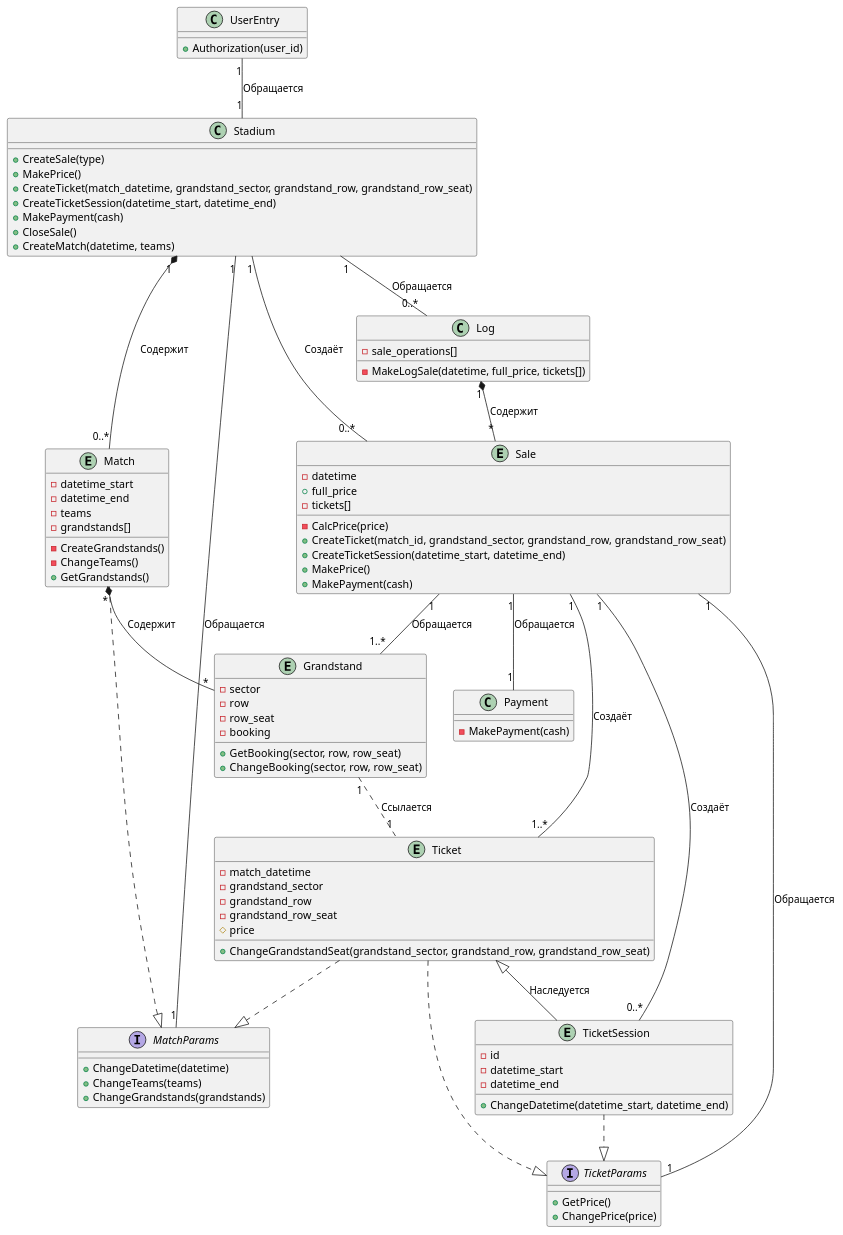
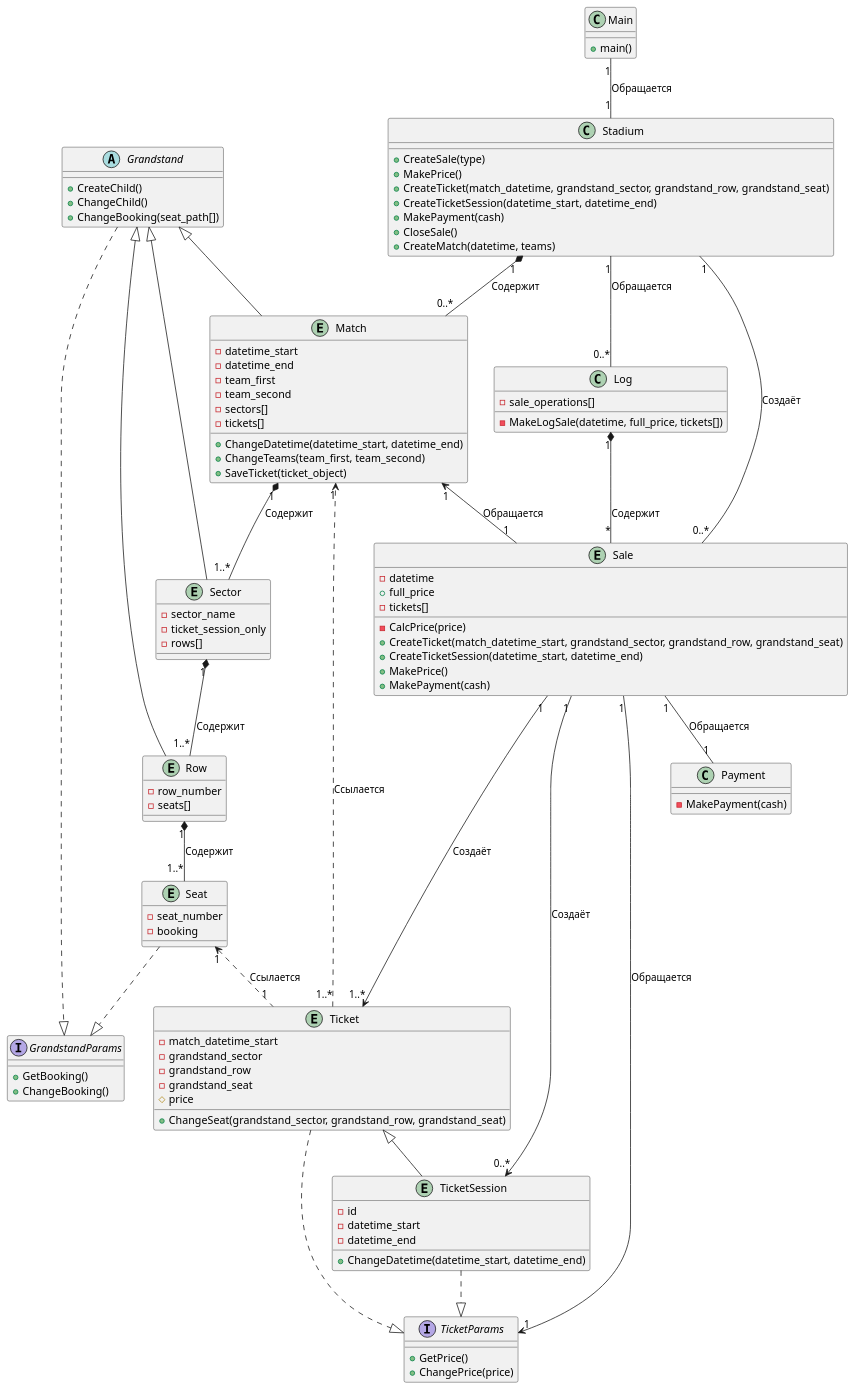
One commit to penamarth/bsbo-03-23_team4_var10_football changed the diagram in Модель предметной области.md. Above: the diagram before and after it, drawn with PlantUML. The commit also changed 1 other file, not shown here.

Commit message:
Внесение композита в модель предметной области + правка самой области + правка диаграммы продажи билетов

````diff
--- a/Модель предметной области.md
+++ b/Модель предметной области.md
@@ -1,108 +1,135 @@
 ```plantuml
 @startuml
-class UserEntry
+class Main
 {
-    + Authorization(user_id)
+    + main()
 }
 class Stadium
 {
     + CreateSale(type)
     + MakePrice()
-    + CreateTicket(match_datetime, grandstand_sector, grandstand_row, grandstand_row_seat)
+    + CreateTicket(match_datetime, grandstand_sector, grandstand_row, grandstand_seat)
     + CreateTicketSession(datetime_start, datetime_end)
     + MakePayment(cash)
     + CloseSale()
     + CreateMatch(datetime, teams)
 }
-entity Match
+
+
+abstract class Grandstand
+{
+    + CreateChild()
+    + ChangeChild()
+    + ChangeBooking(seat_path[])
+}
+
+entity Match extends Grandstand
 {
     - datetime_start
     - datetime_end
-    - teams
-    - grandstands[]
-    - CreateGrandstands()
-    - ChangeTeams()
-    + GetGrandstands()
+    - team_first
+    - team_second
+    - sectors[]
+    - tickets[]
+    + ChangeDatetime(datetime_start, datetime_end)
+    + ChangeTeams(team_first, team_second)
+    + SaveTicket(ticket_object)
 }
-entity Grandstand
+
+entity Sector extends Grandstand
 {
-    - sector
-    - row
-    - row_seat
+    - sector_name
+    - ticket_session_only
+    - rows[]
+}
+
+entity Row extends Grandstand
+{
+    - row_number
+    - seats[]
+}
+
+entity Seat
+{
+    - seat_number
     - booking
-    + GetBooking(sector, row, row_seat)
-    + ChangeBooking(sector, row, row_seat)
 }
+
 entity Ticket
 {
-    - match_datetime
+    - match_datetime_start
     - grandstand_sector
     - grandstand_row
-    - grandstand_row_seat
+    - grandstand_seat
     # price
-    + ChangeGrandstandSeat(grandstand_sector, grandstand_row, grandstand_row_seat)
+    + ChangeSeat(grandstand_sector, grandstand_row, grandstand_seat)
 }
-entity TicketSession
+
+entity TicketSession extends Ticket
 {
     - id
     - datetime_start
     - datetime_end
     + ChangeDatetime(datetime_start, datetime_end)
 }
+
 entity Sale
 {
     - datetime
     + full_price
     - tickets[]
     - CalcPrice(price)
-    + CreateTicket(match_id, grandstand_sector, grandstand_row, grandstand_row_seat)
+    + CreateTicket(match_datetime_start, grandstand_sector, grandstand_row, grandstand_seat)
     + CreateTicketSession(datetime_start, datetime_end)
     + MakePrice()
     + MakePayment(cash)
 }
+
 class Payment
 {
     - MakePayment(cash)
 }
+
 class Log
 {
     - sale_operations[]
     - MakeLogSale(datetime, full_price, tickets[])
 }
 
+interface GrandstandParams
+{
+    + GetBooking()
+    + ChangeBooking()
+}
 
-interface MatchParams
-{
-    + ChangeDatetime(datetime)
-    + ChangeTeams(teams)
-    + ChangeGrandstands(grandstands)
-}
 interface TicketParams
 {
     + GetPrice()
     + ChangePrice(price)
 }
 
-UserEntry "1" -- "1" Stadium : Обращается
+Main "1" -- "1" Stadium : Обращается
 Stadium "1" *-- "0..*" Match : Содержит
 Stadium "1" -- "0..*" Sale : Создаёт
 Stadium "1" -- "0..*" Log : Обращается
-Stadium "1" -- "1" MatchParams: Обращается
 
-Match "*" *-- "*" Grandstand : Содержит
-Ticket <|-- TicketSession : Наследуется
-Grandstand "1" .. "1" Ticket : Ссылается
+Match "1" *-- "1..*" Sector : Содержит
+Sector "1" *-- "1..*" Row : Содержит
+Row "1" *-- "1..*" Seat : Содержит
+
+Ticket "1..*" ..> "1" Match : Cсылается
+Seat "1" <.. "1" Ticket : Ссылается
 
 Sale "1" -- "1" Payment : Обращается
-Sale "1" -- "1..*" Ticket : Создаёт
-Sale "1" -- "0..*" TicketSession : Создаёт
-Sale "1" -- "1" TicketParams : Обращается
-Sale "1" -- "1..*" Grandstand : Обращается
+Sale "1" --> "1..*" Ticket : Создаёт
+Sale "1" --> "0..*" TicketSession : Создаёт
+Sale "1" --> "1" TicketParams : Обращается
+Match "1" <-- "1" Sale : Обращается
 
 Log "1" *-- "*" Sale : Содержит
 
-Match ..|> MatchParams
-Ticket ..|> MatchParams
+Grandstand ..|> GrandstandParams
+Seat ..|> GrandstandParams
 
 Ticket ..|> TicketParams
 TicketSession ..|> TicketParams
````
